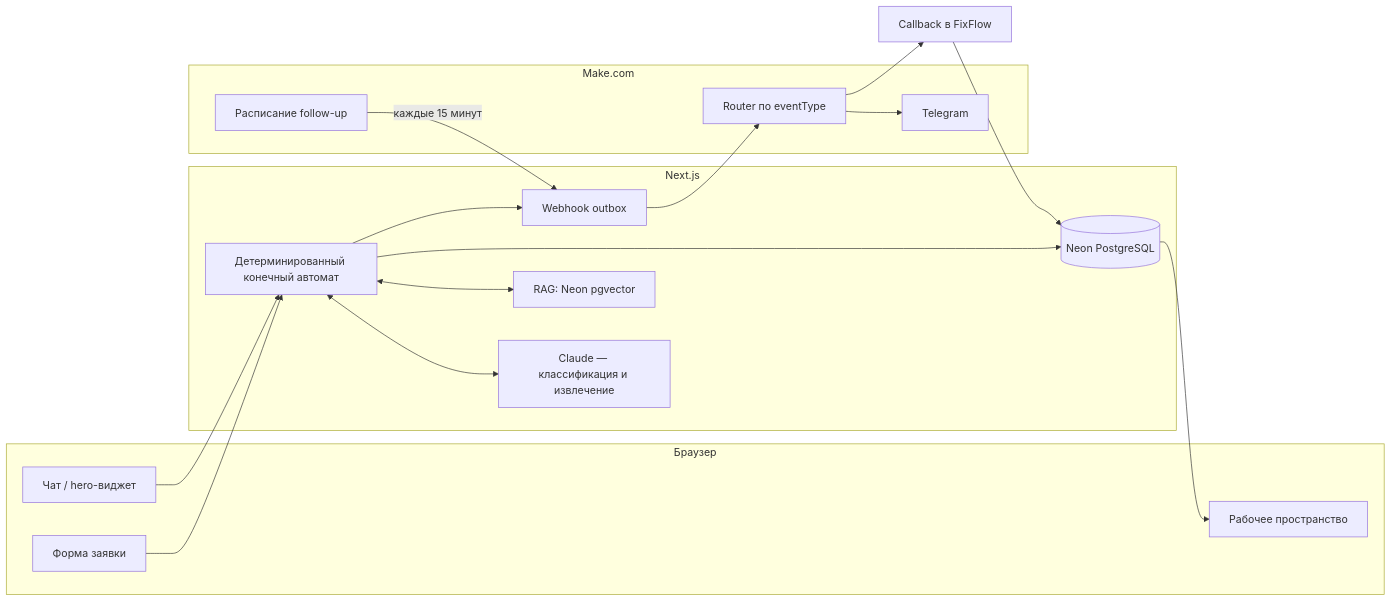
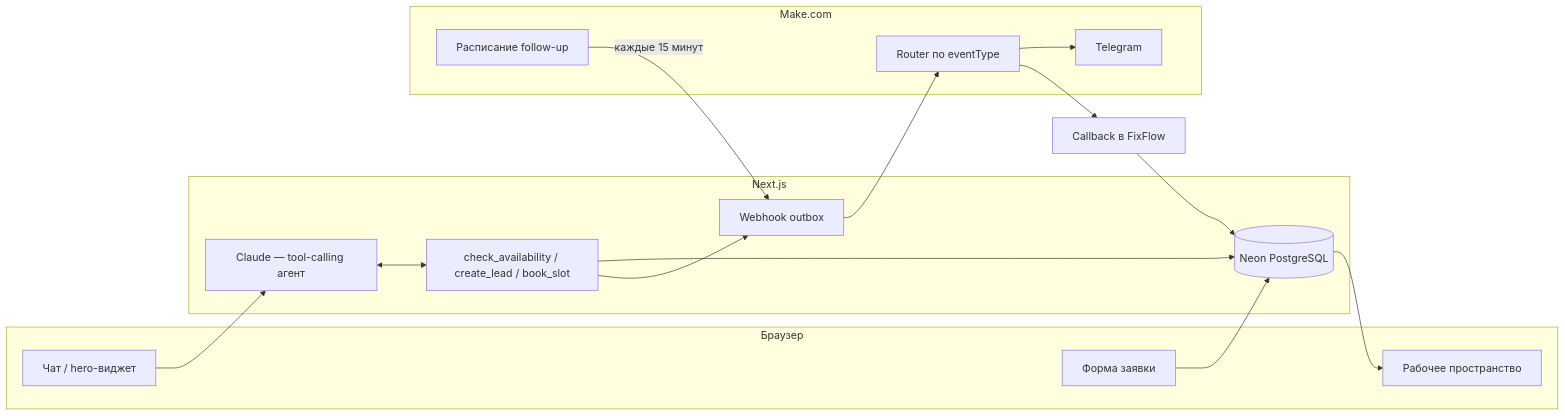
One commit to NellasTerton/fixflow-ai changed the diagram in README.md. Above: the diagram before and after it, drawn with Mermaid. The commit also changed other lines of this file and 1 other file, not shown here.

First line of the commit message:
Update README for the tool-calling chat rewrite and RAG removal

````diff
--- a/README.md
+++ b/README.md
@@ -72,32 +80,30 @@
 ```mermaid
 flowchart LR
     subgraph Client["Браузер"]
         Chat["Чат / hero-виджет"]
         Form["Форма заявки"]
         Board["Рабочее пространство"]
     end
 
     subgraph App["Next.js"]
-        FSM["Детерминированный конечный автомат"]
-        LLM["Claude — классификация и извлечение"]
-        RAG["RAG: Neon pgvector"]
+        Agent["Claude — tool-calling агент"]
+        Tools["check_availability / create_lead / book_slot"]
         DB[("Neon PostgreSQL")]
         Outbox["Webhook outbox"]
     end
 
     subgraph Make["Make.com"]
         Router["Router по eventType"]
         TG["Telegram"]
         Schedule["Расписание follow-up"]
     end
 
-    Chat --> FSM
-    Form --> FSM
-    FSM <--> LLM
-    FSM <--> RAG
-    FSM --> DB
+    Chat --> Agent
+    Form --> DB
+    Agent <--> Tools
+    Tools --> DB
     DB --> Board
-    FSM --> Outbox --> Router --> TG
+    Tools --> Outbox --> Router --> TG
     Router --> Callback["Callback в FixFlow"] --> DB
     Schedule -->|"каждые 15 минут"| Outbox
 ```
````
